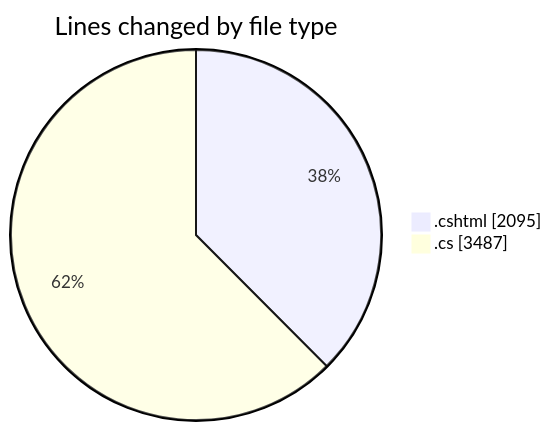
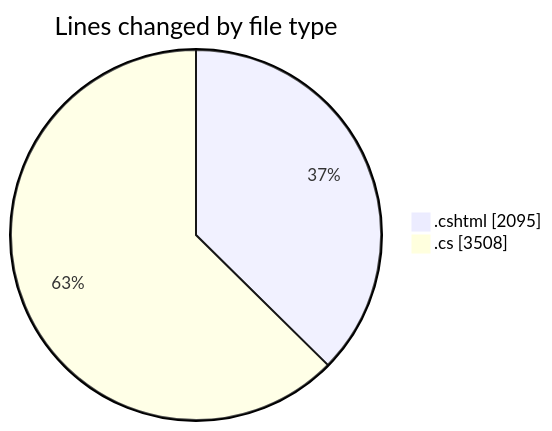
The first of 2 diagrams in 2025-07-17/nhahang/README.md (lephambinh05/code-tracking), drawn with Mermaid before and after one commit. The commit also changed other lines of this file and 1 other file, not shown here.

````diff
--- a/2025-07-17/nhahang/README.md
+++ b/2025-07-17/nhahang/README.md
@@ -85,6 +86,6 @@
 ```mermaid
 pie showData
 title Lines changed by file type
 ".cshtml" : 2095
-".cs" : 3487
+".cs" : 3508
 ```
````
